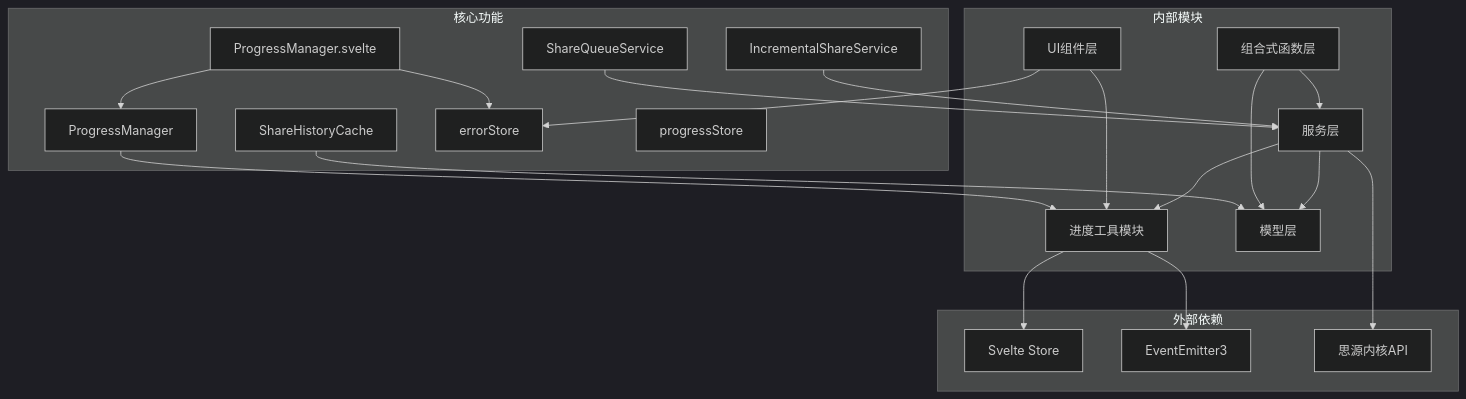
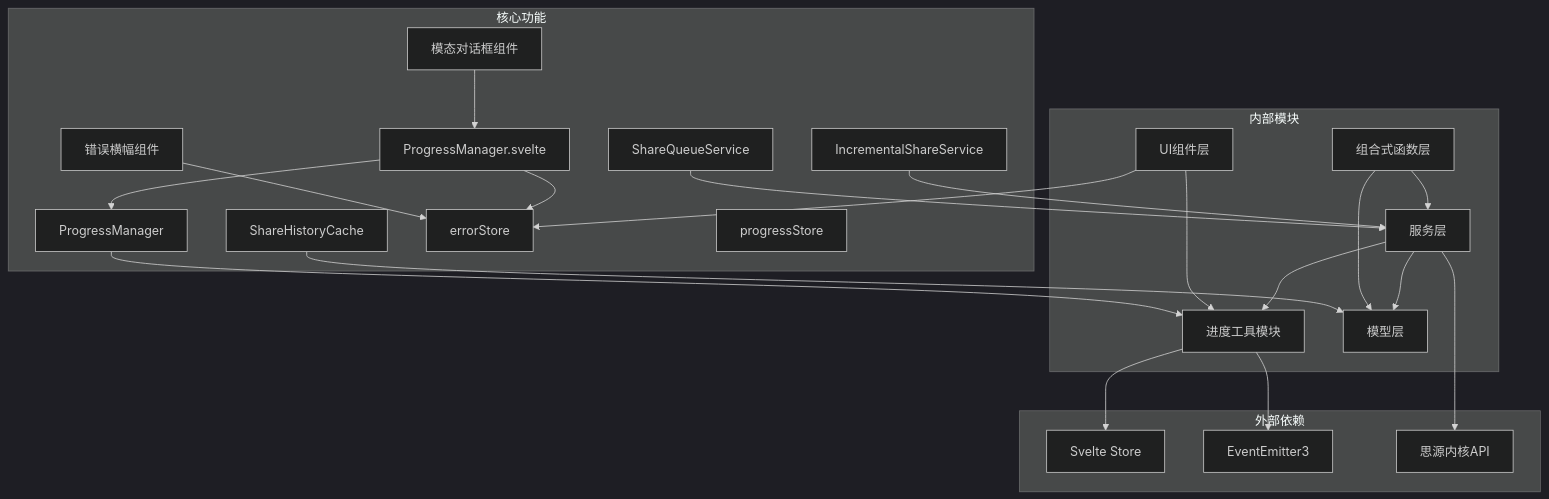
Before and after one commit to terwerinc/siyuan-plugin-share-pro: the ninth of 9 diagrams in .qoder/repowiki/zh/content/Progress Management Enhancements.md, drawn with Mermaid (dark theme). The commit also changed other lines of this file and 8 other files, not shown here.

Commit message:
docs(Progress Mgmt): add error banner, modal, and state persistence

````diff
--- a/.qoder/repowiki/zh/content/Progress Management Enhancements.md
+++ b/.qoder/repowiki/zh/content/Progress Management Enhancements.md
@@ -507,39 +548,43 @@
 ```mermaid
 graph TB
 subgraph "外部依赖"
 Svelte[Svelte Store]
 EventEmitter[EventEmitter3]
 SiyuanAPI[思源内核API]
 end
 subgraph "内部模块"
 ProgressUtils[进度工具模块]
 ServiceLayer[服务层]
 ModelLayer[模型层]
 ComposableLayer[组合式函数层]
 UIComponents[UI组件层]
 end
 subgraph "核心功能"
 PM[ProgressManager]
 PMSvelte[ProgressManager.svelte]
 ISS[IncrementalShareService]
 SQS[ShareQueueService]
 SHC[ShareHistoryCache]
 EStore[errorStore]
 PStore[progressStore]
+ErrorBanner[错误横幅组件]
+ModalDialog[模态对话框组件]
 end
 ProgressUtils --> Svelte
 ProgressUtils --> EventEmitter
 ServiceLayer --> SiyuanAPI
 ServiceLayer --> ProgressUtils
 ServiceLayer --> ModelLayer
 ComposableLayer --> ServiceLayer
 ComposableLayer --> ModelLayer
 UIComponents --> ProgressUtils
 UIComponents --> EStore
 PM --> ProgressUtils
 PMSvelte --> PM
 PMSvelte --> EStore
 ISS --> ServiceLayer
 SQS --> ServiceLayer
 SHC --> ModelLayer
+ErrorBanner --> EStore
+ModalDialog --> PMSvelte
 ```
````
